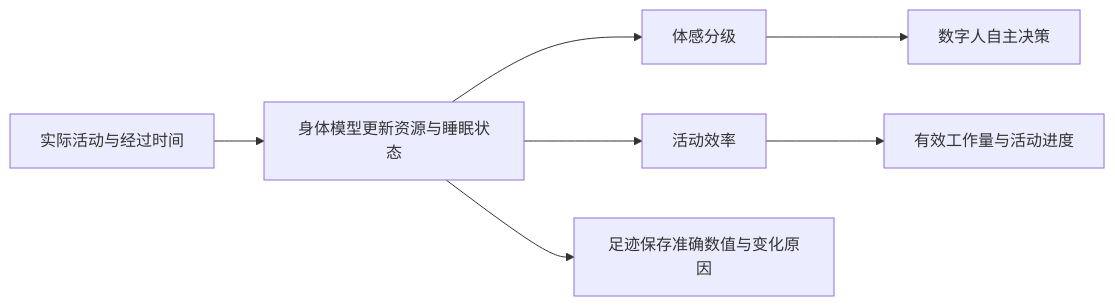
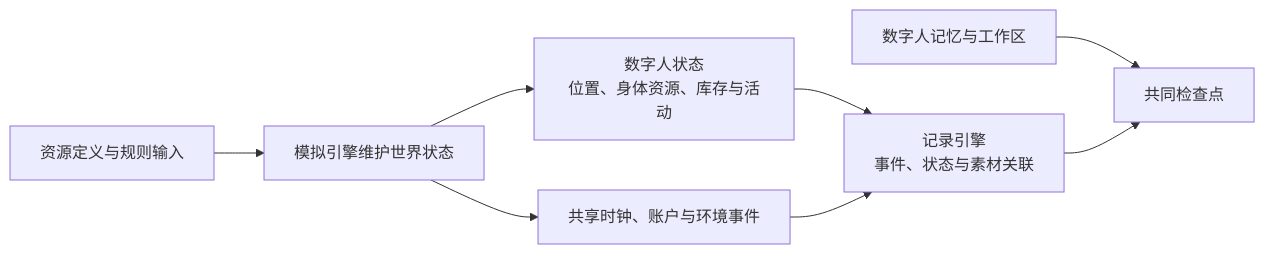
The seventh of 7 diagrams in docs/design/01-architecture.md (HoldThatThgt/WorldMock), drawn with Mermaid before and after one commit. The commit also changed other lines of this file and 46 other files, not shown here.

````diff
--- a/docs/design/01-architecture.md
+++ b/docs/design/01-architecture.md
@@ -295,9 +260,10 @@
 ```mermaid
 flowchart LR
-    ACT[实际活动与经过时间] --> BODY[身体模型更新资源与睡眠状态]
-    BODY --> FELT[体感分级]
-    BODY --> EFF[活动效率]
-    FELT --> AGENT[数字人自主决策]
-    EFF --> WORK[有效工作量与活动进度]
-    BODY --> TRACE[足迹保存准确数值与变化原因]
+    R[资源定义与规则输入] --> W[模拟引擎维护世界状态]
+    W --> A[数字人状态<br/>位置、身体资源、库存与活动]
+    W --> T[共享时钟、账户与环境事件]
+    A --> F[记录引擎<br/>事件、状态与素材关联]
+    T --> F
+    M[数字人记忆与工作区] --> C[共同检查点]
+    F --> C
 ```
````
